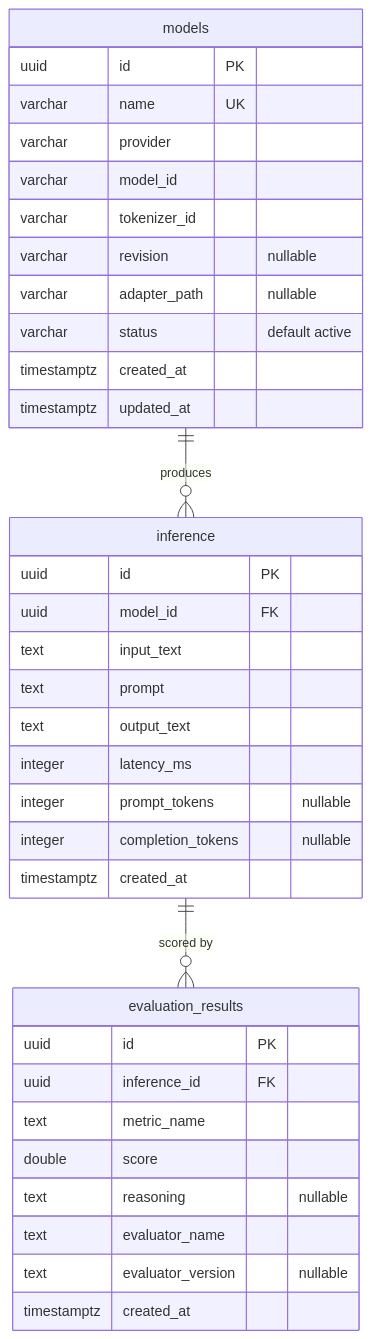
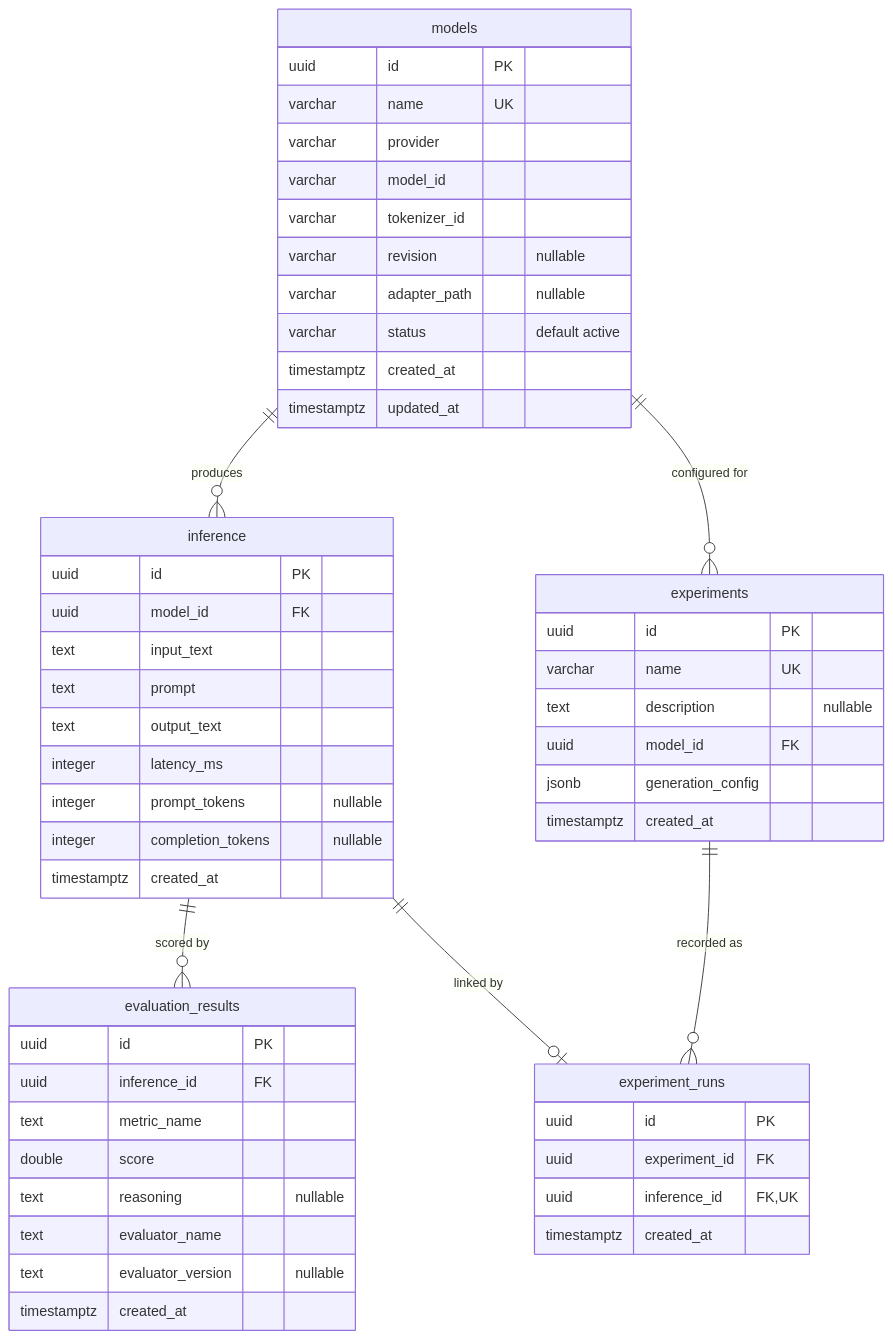
One commit to DimitarAtanassov/arc-model-lab changed the diagram in docs/database-erd.md. Above: the diagram before and after it, drawn with Mermaid. The commit also changed other lines of this file and 21 other files, not shown here.

````diff
--- a/docs/database-erd.md
+++ b/docs/database-erd.md
@@ -13,41 +15,60 @@
 ```mermaid
 erDiagram
     models ||--o{ inference : produces
+    models ||--o{ experiments : "configured for"
     inference ||--o{ evaluation_results : "scored by"
+    experiments ||--o{ experiment_runs : "recorded as"
+    inference ||--o| experiment_runs : "linked by"
 
     models {
         uuid id PK
         varchar name UK
         varchar provider
         varchar model_id
         varchar tokenizer_id
         varchar revision "nullable"
         varchar adapter_path "nullable"
         varchar status "default active"
         timestamptz created_at
         timestamptz updated_at
     }
 
     inference {
         uuid id PK
         uuid model_id FK
         text input_text
         text prompt
         text output_text
         integer latency_ms
         integer prompt_tokens "nullable"
         integer completion_tokens "nullable"
         timestamptz created_at
     }
 
     evaluation_results {
         uuid id PK
         uuid inference_id FK
         text metric_name
         double score
         text reasoning "nullable"
         text evaluator_name
         text evaluator_version "nullable"
         timestamptz created_at
     }
+
+    experiments {
+        uuid id PK
+        varchar name UK
+        text description "nullable"
+        uuid model_id FK
+        jsonb generation_config
+        timestamptz created_at
+    }
+
+    experiment_runs {
+        uuid id PK
+        uuid experiment_id FK
+        uuid inference_id FK,UK
+        timestamptz created_at
+    }
 ```
````
